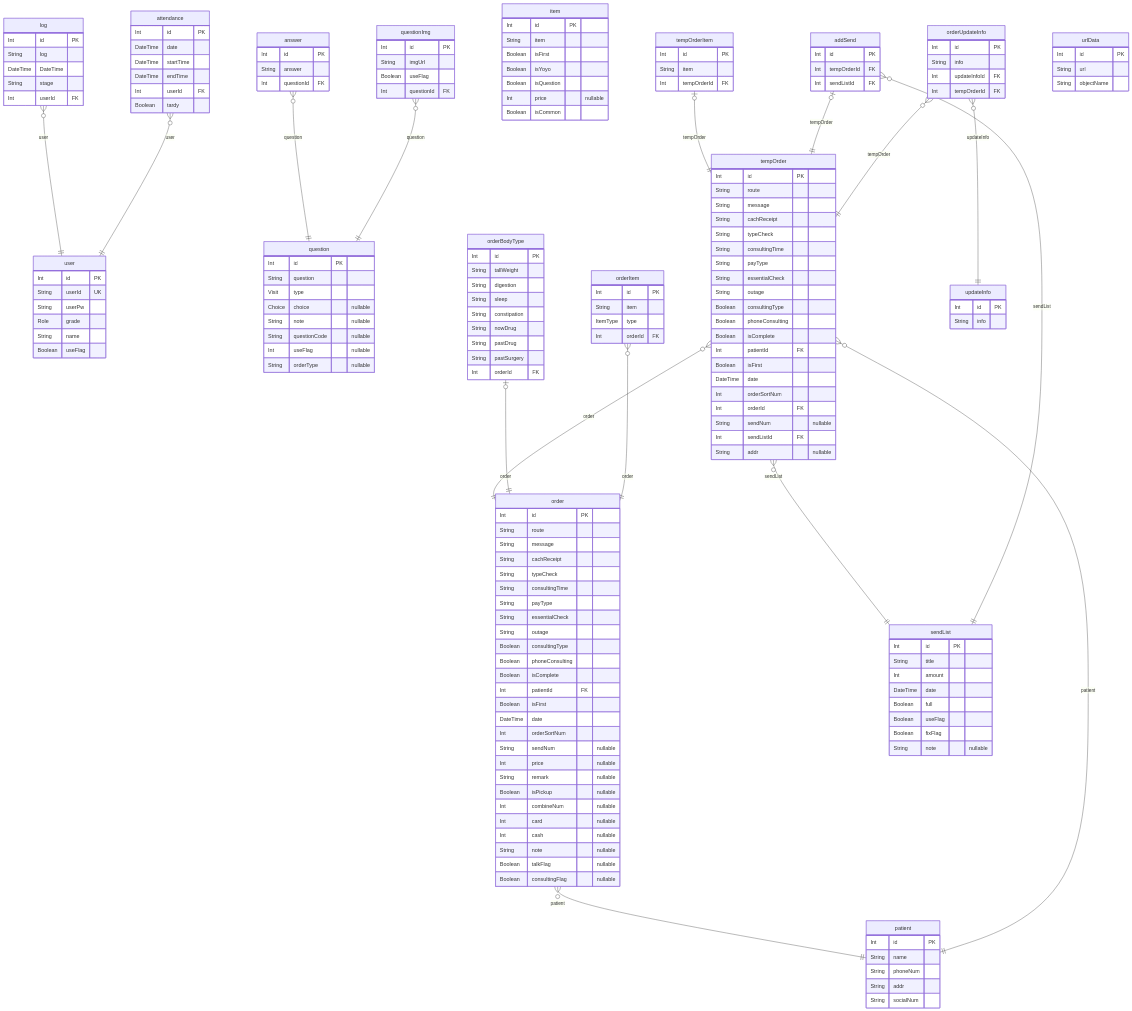
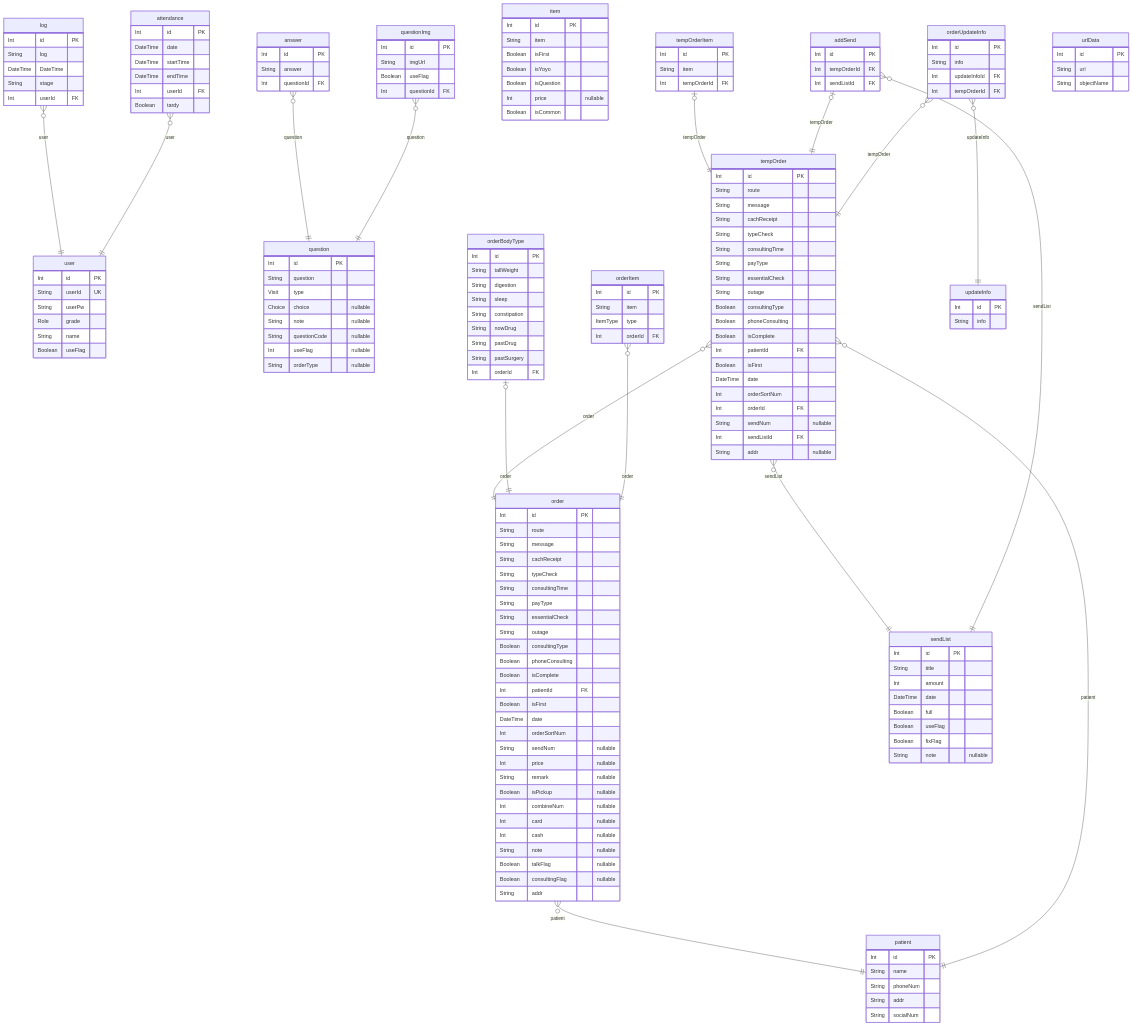
One commit to CobitionOrg/chamServer-erp changed the diagram in prisma/ERD.md. Above: the diagram before and after it, drawn with Mermaid. The commit also changed other lines of this file and 3 other files, not shown here.

```diff
--- a/prisma/ERD.md
+++ b/prisma/ERD.md
@@ -93,6 +93,7 @@
   String note "nullable"
   Boolean talkFlag "nullable"
   Boolean consultingFlag "nullable"
+  String addr
 }
 "tempOrder" {
   Int id PK
```
